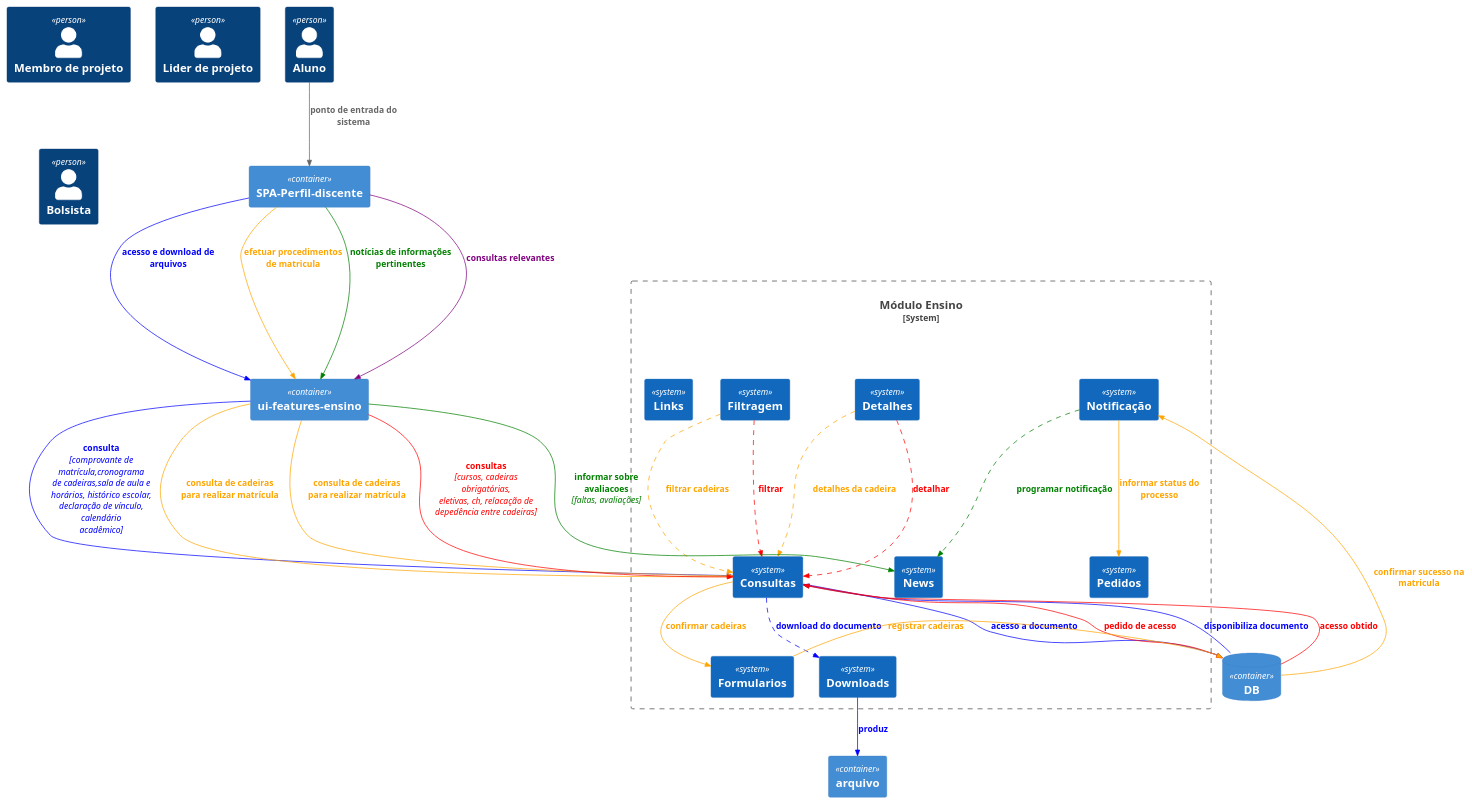
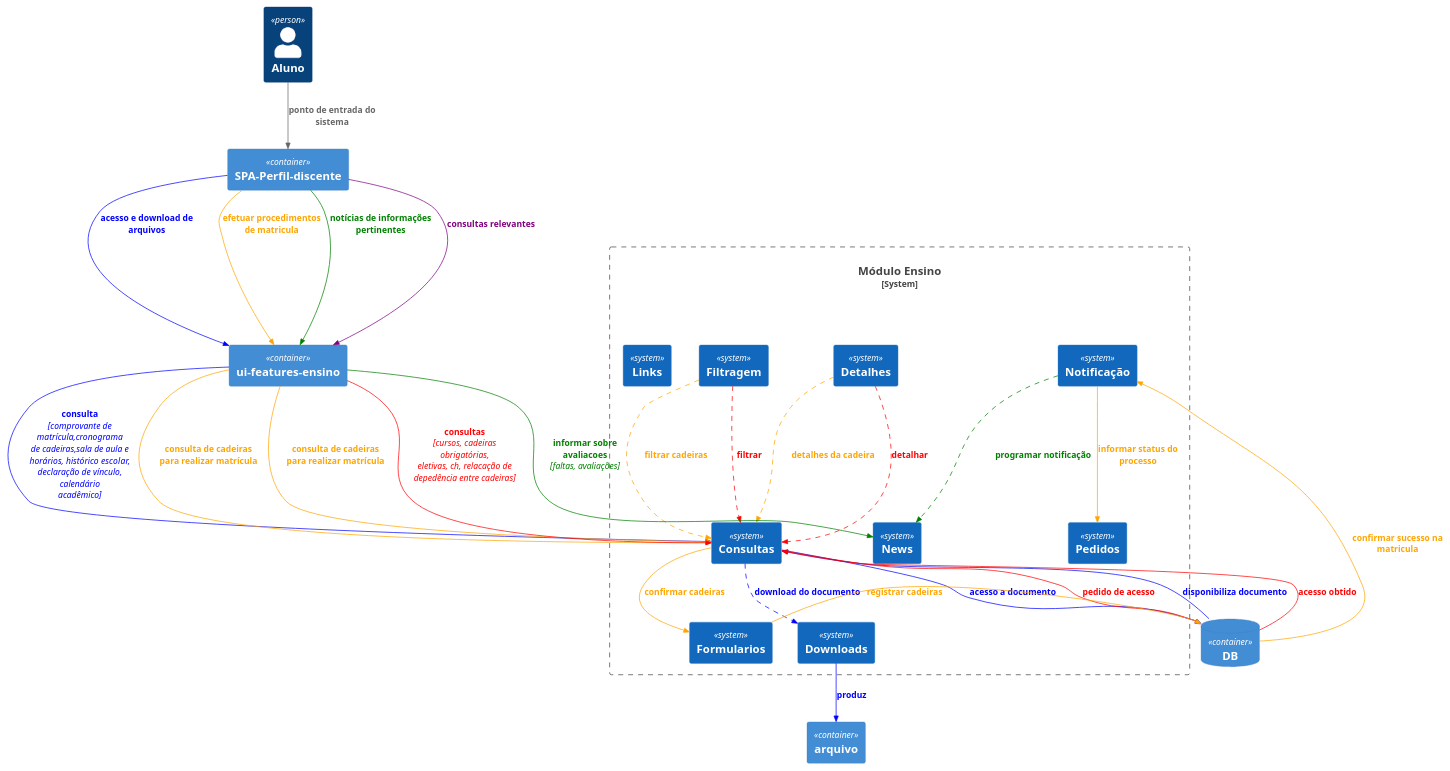
One commit to EGmux/APS-2023.2-SIGAA changed the diagram in resources/BCEnsino/diagramaC4SsystemViewEnsino.puml. Above: the diagram before and after it, drawn with PlantUML.

Commit message:
fix(BCEnsino/C4_Elements.png): remove atores desnecessários

```diff
--- a/resources/BCEnsino/diagramaC4SsystemViewEnsino.puml
+++ b/resources/BCEnsino/diagramaC4SsystemViewEnsino.puml
@@ -1,74 +1,71 @@
 @startuml C4_Elements
 !include <C4/C4_Container>
 
 Person(aluno, "Aluno")
 
-Person(membrosDeProjeto, "Membro de projeto")
-Person(liderDeProjeto, "Lider de projeto")
-Person(bolsista, "Bolsista")
 Person(aluno, "Aluno")
 
 AddRelTag("u1d", $textColor="blue", $lineColor="blue", $lineStyle = DashedLine())
 AddRelTag("u1", $textColor="blue", $lineColor="blue")
 AddRelTag("u2d", $textColor="orange", $lineColor="orange", $lineStyle = DashedLine())
 AddRelTag("u2", $textColor="orange", $lineColor="orange")
 AddRelTag("u3d", $textColor="green", $lineColor="green", $lineStyle = DashedLine())
 AddRelTag("u3", $textColor="green", $lineColor="green")
 AddRelTag("u4d", $textColor="purple", $lineColor="purple", $lineStyle = DashedLine())
 AddRelTag("u4", $textColor="purple", $lineColor="purple")
 AddRelTag("u5d", $textColor="red", $lineColor="red", $lineStyle = DashedLine())
 AddRelTag("u5", $textColor="red", $lineColor="red")
 
 Container(spadis, "SPA-Perfil-discente")
 ContainerDb(db, "DB", "", "")
 Container(resource, "arquivo", "", "")
 Container(md, "ui-features-ensino", "", "")
 System_Boundary(c1,Módulo Ensino){
 
 System(statusSistema, "Pedidos")
 System(notificacaoSistema, "Notificação")
 System(descricaoSistema, "Detalhes")
 
 ' System(regrasNegocioSistema, "Regras de negócio")
 System(filtragemSistema, "Filtragem")
 System(consultaSistemas, "Consultas")
 System(linksSistema, "Links")
 System(formulariosSistema, "Formularios")
 System(downloadsSistema, "Downloads")
 System(newsSistema, "News")
 }
 'filtrar projetos de extensão baseado em certo critério
 Rel(aluno, spadis, "ponto de entrada do sistema")
 Rel(spadis, md, "acesso e download de arquivos", $tags="u1")
 Rel(md, consultaSistemas,"consulta", "comprovante de matrícula,cronograma de cadeiras,sala de aula e horários, histórico escolar, declaração de vínculo, calendário acadêmico", $tags="u1")
 Rel(consultaSistemas, db,"acesso a documento", $tags="u1")
 Rel(db, consultaSistemas,"disponibiliza documento", $tags="u1")
 Rel(consultaSistemas, downloadsSistema,"download do documento", $tags="u1d")
 Rel(downloadsSistema, resource,"produz", $tags="u1")
 
 'matricula nas cadeiras
 Rel(spadis, md, "efetuar procedimentos de matricula", $tags="u2")
 Rel(md, consultaSistemas,"consulta de cadeiras para realizar matrícula", $tags="u2")
 Rel(filtragemSistema, consultaSistemas,"filtrar cadeiras", $tags="u2d")
 Rel(descricaoSistema, consultaSistemas,"detalhes da cadeira", $tags="u2d")
 Rel(consultaSistemas, formulariosSistema,"confirmar cadeiras", $tags="u2")
 Rel(formulariosSistema, db,"registrar cadeiras", $tags="u2")
 Rel(db, notificacaoSistema,"confirmar sucesso na matricula", $tags="u2")
 Rel(notificacaoSistema, statusSistema,"informar status do processo", $tags="u2")
 
 'quando terá availação, faltas etc
 Rel(spadis, md, "notícias de informações pertinentes", $tags="u3")
 Rel(md, consultaSistemas,"consulta de cadeiras para realizar matrícula", $tags="u2")
 Rel(md, newsSistema,"informar sobre avaliacoes", "faltas, avaliações",$tags="u3")
 Rel(notificacaoSistema,newsSistema,"programar notificação", $tags="u3d")
 
 'consulta de informações relevantes ao curso
 Rel(spadis, md, "consultas relevantes", $tags="u4")
 Rel(md, consultaSistemas,"consultas", "cursos, cadeiras obrigatórias, eletivas, ch, relacação de depedência entre cadeiras",$tags="u5")
 Rel(filtragemSistema,consultaSistemas,"filtrar" ,$tags="u5d")
 Rel(descricaoSistema,consultaSistemas,"detalhar" ,$tags="u5d")
 Rel(consultaSistemas,db,"pedido de acesso" ,$tags="u5")
 Rel(db,consultaSistemas,"acesso obtido" ,$tags="u5")
 
 
 @enduml
```
